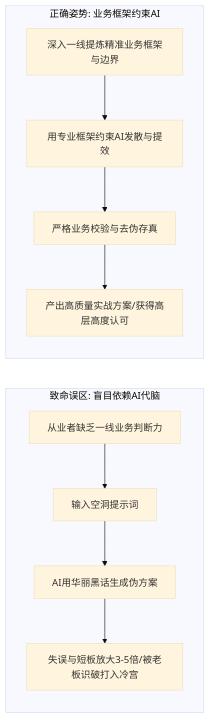
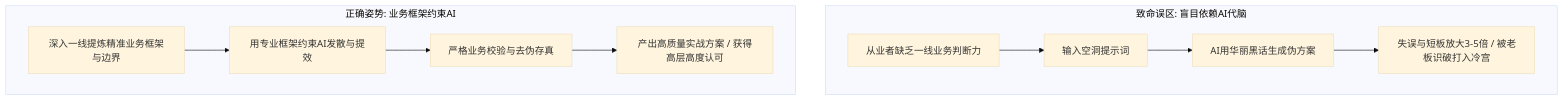
Before and after one commit to dollarser/knowledge: the fourth of 4 diagrams in content/live-20260922-laozeng-02.md, drawn with Mermaid (base theme). The commit also changed other lines of this file and 7 other files, not shown here.

Commit message:
style: convert horizontal LR mermaid diagrams to vertical TD for readable text on all screens

````diff
--- a/content/live-20260922-laozeng-02.md
+++ b/content/live-20260922-laozeng-02.md
@@ -132,13 +132,13 @@
 ```mermaid
-flowchart LR
+flowchart TD
     subgraph Toxic["致命误区: 盲目依赖AI代脑"]
-        NoSense[从业者缺乏一线业务判断力] --> Prompt[输入空洞提示词]
-        Prompt --> Hallucination[AI用华丽黑话生成伪方案]
-        Hallucination --> Disaster[失误与短板放大3-5倍/被老板识破打入冷宫]
+        NoSense["从业者缺乏一线业务判断力"] --> Prompt["输入空洞提示词"]
+        Prompt --> Hallucination["AI用华丽黑话生成伪方案"]
+        Hallucination --> Disaster["失误与短板放大3-5倍 / 被老板识破打入冷宫"]
     end
     subgraph Master["正确姿势: 业务框架约束AI"]
-        Context[深入一线提炼精准业务框架与边界] --> Guide[用专业框架约束AI发散与提效]
-        Guide --> Review[严格业务校验与去伪存真]
-        Review --> Win[产出高质量实战方案/获得高层高度认可]
+        Context["深入一线提炼精准业务框架与边界"] --> Guide["用专业框架约束AI发散与提效"]
+        Guide --> Review["严格业务校验与去伪存真"]
+        Review --> Win["产出高质量实战方案 / 获得高层高度认可"]
     end
 ```
````
